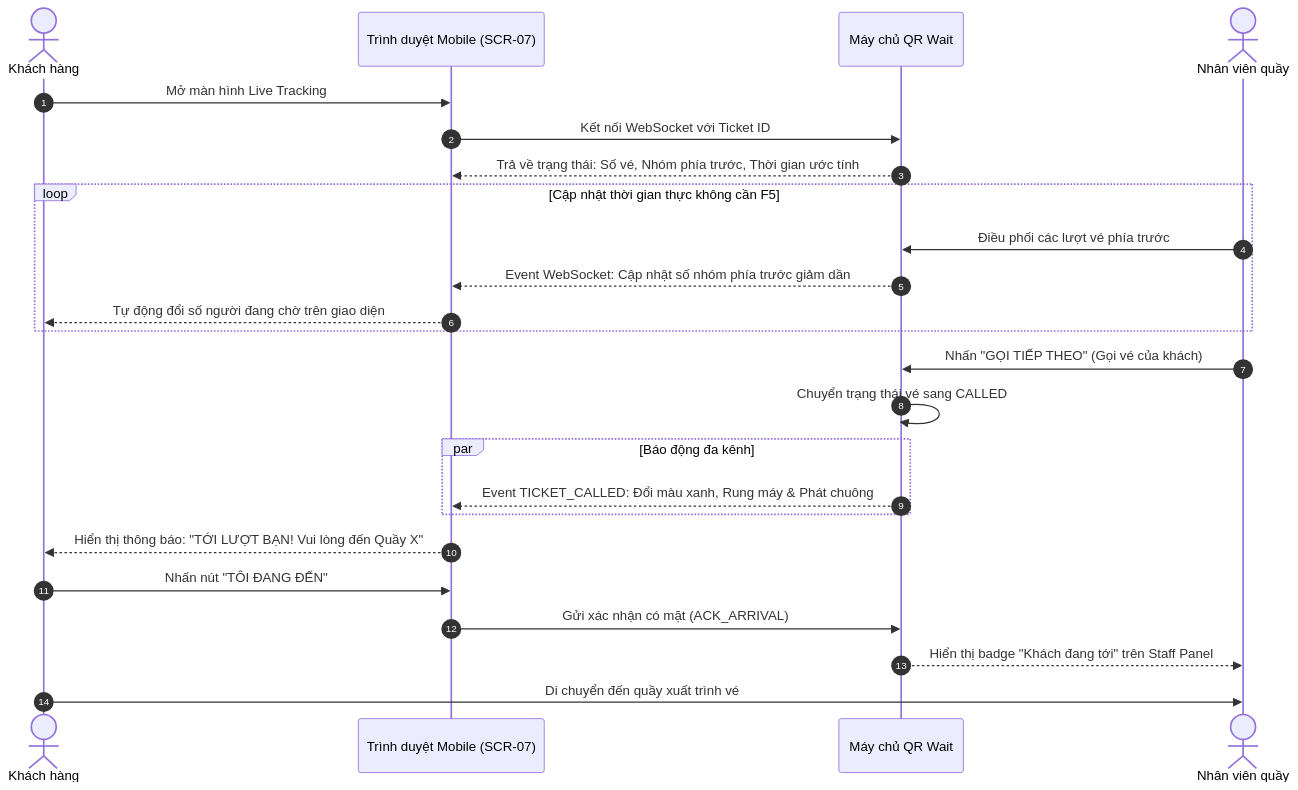
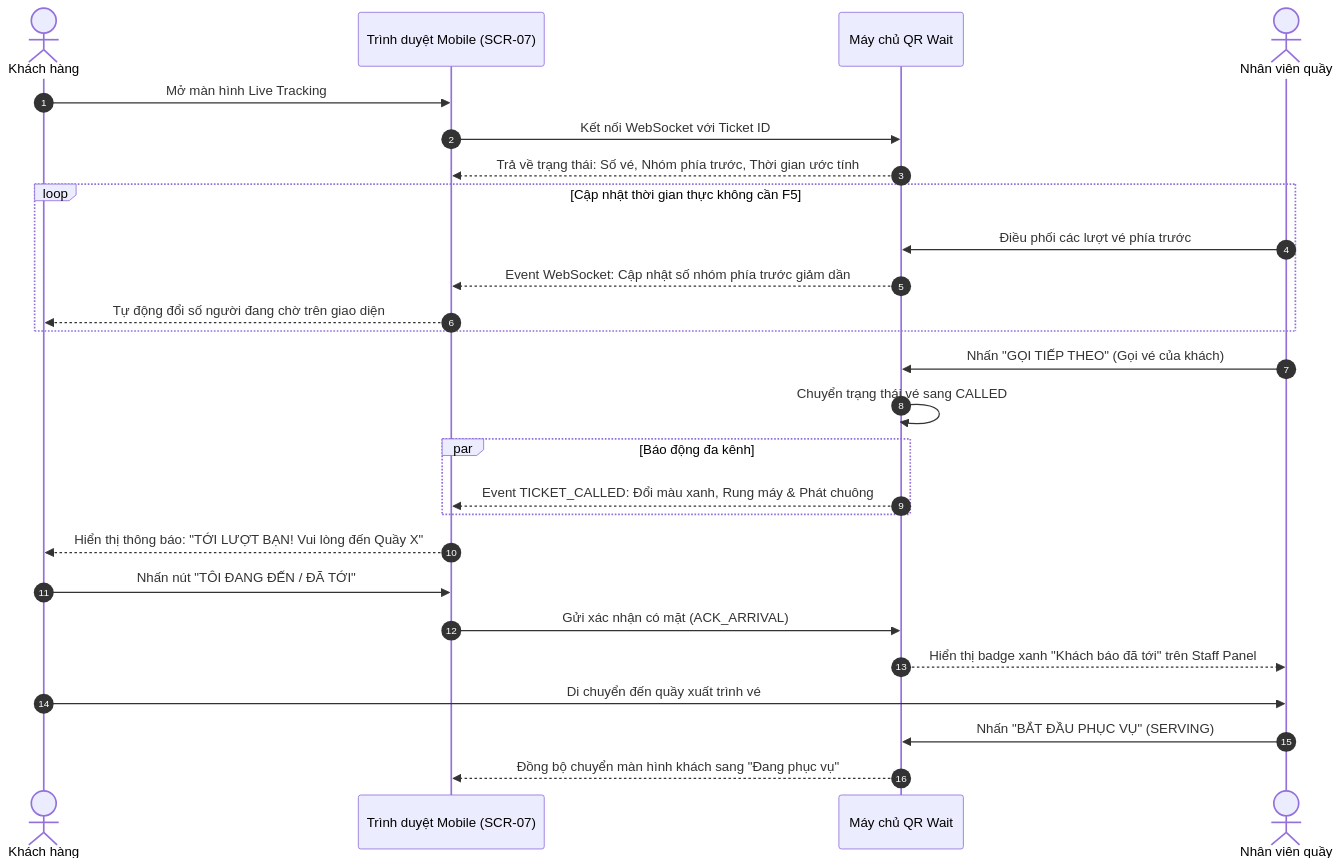
The sixth of 18 diagrams in Document/SRS/SRS_QR_Wait.md (HuyyHoang2kk4/QR-Wait), drawn with Mermaid before and after one commit. The commit also changed other lines of this file and 3 other files, not shown here.

````diff
--- a/Document/SRS/SRS_QR_Wait.md
+++ b/Document/SRS/SRS_QR_Wait.md
@@ -1529,29 +1534,31 @@
 ```mermaid
 sequenceDiagram
     autonumber
     actor Customer as Khách hàng
     participant Mobile as Trình duyệt Mobile (SCR-07)
     participant Server as Máy chủ QR Wait
     actor Staff as Nhân viên quầy
 
     Customer->>Mobile: Mở màn hình Live Tracking
     Mobile->>Server: Kết nối WebSocket với Ticket ID
     Server-->>Mobile: Trả về trạng thái: Số vé, Nhóm phía trước, Thời gian ước tính
 
     loop Cập nhật thời gian thực không cần F5
         Staff->>Server: Điều phối các lượt vé phía trước
         Server-->>Mobile: Event WebSocket: Cập nhật số nhóm phía trước giảm dần
         Mobile-->>Customer: Tự động đổi số người đang chờ trên giao diện
     end
 
     Staff->>Server: Nhấn "GỌI TIẾP THEO" (Gọi vé của khách)
     Server->>Server: Chuyển trạng thái vé sang CALLED
     par Báo động đa kênh
         Server-->>Mobile: Event TICKET_CALLED: Đổi màu xanh, Rung máy & Phát chuông
     end
     Mobile-->>Customer: Hiển thị thông báo: "TỚI LƯỢT BẠN! Vui lòng đến Quầy X"
-    Customer->>Mobile: Nhấn nút "TÔI ĐANG ĐẾN"
+    Customer->>Mobile: Nhấn nút "TÔI ĐANG ĐẾN / ĐÃ TỚI"
     Mobile->>Server: Gửi xác nhận có mặt (ACK_ARRIVAL)
-    Server-->>Staff: Hiển thị badge "Khách đang tới" trên Staff Panel
+    Server-->>Staff: Hiển thị badge xanh "Khách báo đã tới" trên Staff Panel
     Customer->>Staff: Di chuyển đến quầy xuất trình vé
+    Staff->>Server: Nhấn "BẮT ĐẦU PHỤC VỤ" (SERVING)
+    Server-->>Mobile: Đồng bộ chuyển màn hình khách sang "Đang phục vụ"
 ```
````
